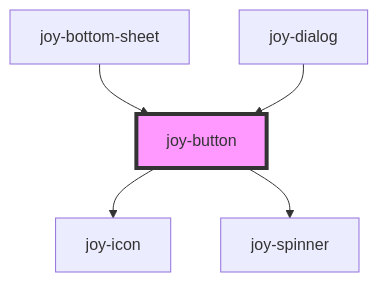
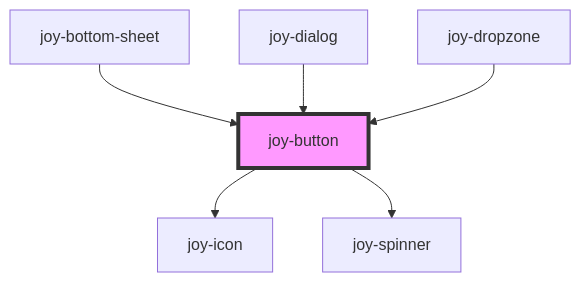
One commit to Maltcommunity/joy changed the diagram in core/src/components/button/readme.md. Above: the diagram before and after it, drawn with Mermaid. The commit also changed other lines of this file and 18 other files, not shown here.

````diff
--- a/core/src/components/button/readme.md
+++ b/core/src/components/button/readme.md
@@ -142,8 +143,9 @@
 ```mermaid
 graph TD;
   joy-button --> joy-icon
   joy-button --> joy-spinner
   joy-bottom-sheet --> joy-button
   joy-dialog --> joy-button
+  joy-dropzone --> joy-button
   style joy-button fill:#f9f,stroke:#333,stroke-width:4px
 ```
````
